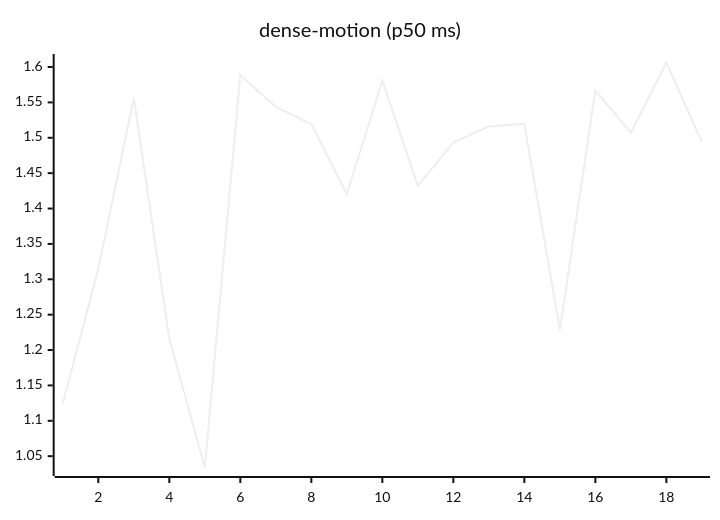
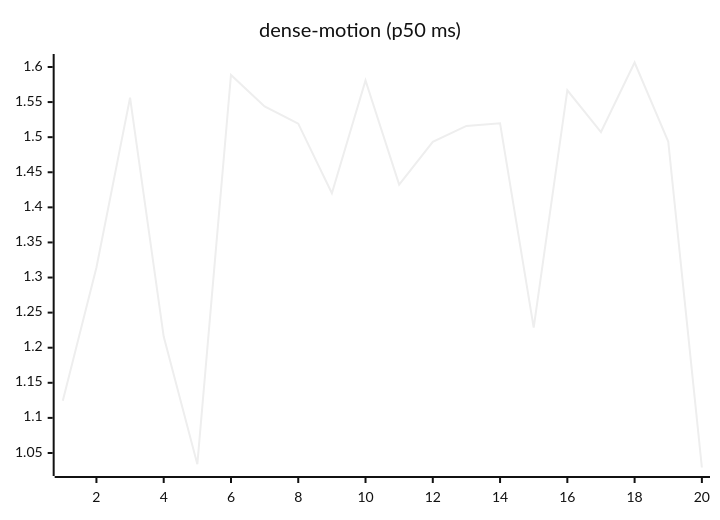
One commit to josha/Facet changed the ninth of 27 diagrams in README.md. Above: the diagram before and after it, drawn with Mermaid (neutral theme). The commit also changed other lines of this file and 2 other files, not shown here.

````diff
--- a/README.md
+++ b/README.md
@@ -119,6 +119,6 @@
 ```mermaid
 xychart-beta
     title "dense-motion (p50 ms)"
-    x-axis 1 --> 19
-    line [1.1243, 1.3144, 1.5562, 1.2159, 1.0340, 1.5887, 1.5438, 1.5193, 1.4201, 1.5809, 1.4323, 1.4933, 1.5160, 1.5198, 1.2285, 1.5668, 1.5073, 1.6064, 1.4938]
+    x-axis 1 --> 20
+    line [1.1243, 1.3144, 1.5562, 1.2159, 1.0340, 1.5887, 1.5438, 1.5193, 1.4201, 1.5809, 1.4323, 1.4933, 1.5160, 1.5198, 1.2285, 1.5668, 1.5073, 1.6064, 1.4938, 1.0293]
 ```
````
